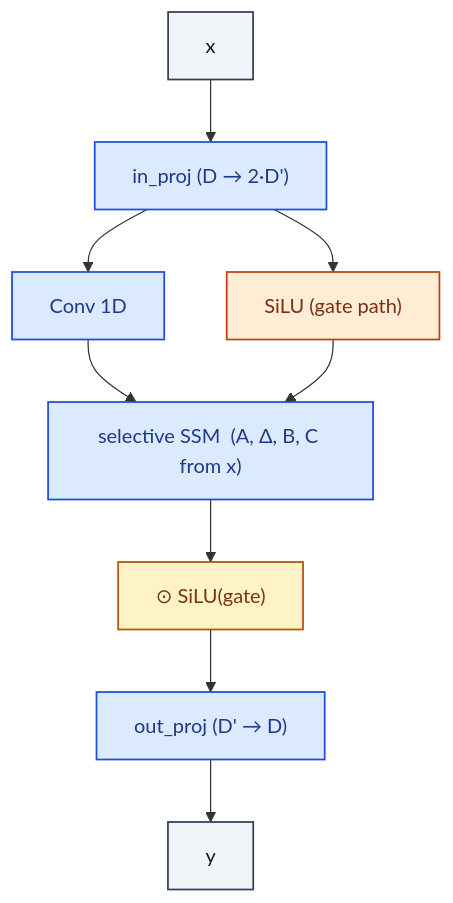
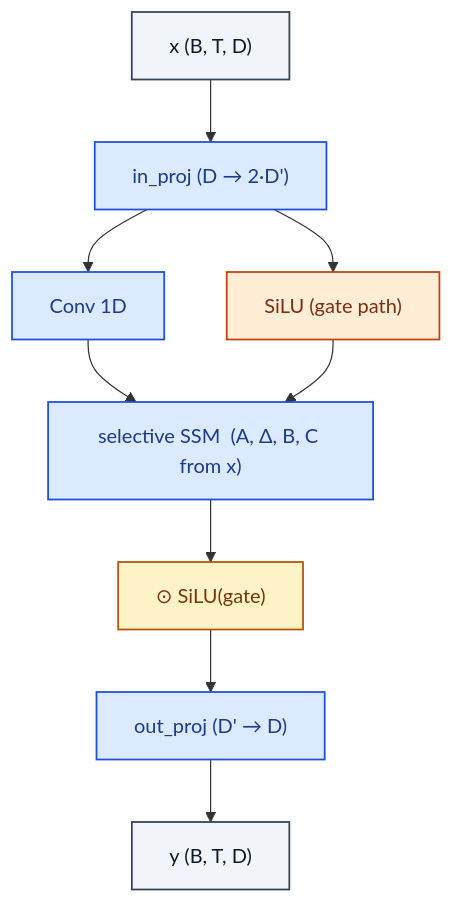
The diagram in sequence/MambaBlock.md (RealityShifts/Srivastava-book-of-Blocks-diagrams), drawn with Mermaid before and after one commit. The commit also changed 123 other files, not shown here.

````diff
--- a/sequence/MambaBlock.md
+++ b/sequence/MambaBlock.md
@@ -7,28 +7,29 @@
 ```mermaid
 flowchart TD
-    n0_0["x"]:::io
+    n0_0["x  (B, T, D)"]:::io
     n1_0["in_proj  (D → 2·D')"]:::op
     n2_0["Conv 1D"]:::op
     n2_1["SiLU (gate path)"]:::act
     n3_0["selective SSM  (A, Δ, B, C from x)"]:::op
     n4_0["⊙ SiLU(gate)"]:::merge
     n5_0["out_proj  (D' → D)"]:::op
-    n6_0["y"]:::io
+    n6_0["y  (B, T, D)"]:::io
     n0_0 --> n1_0
     n1_0 --> n2_0
     n1_0 --> n2_1
     n2_0 --> n3_0
     n2_1 --> n3_0
     n3_0 --> n4_0
     n4_0 --> n5_0
     n5_0 --> n6_0
     classDef io fill:#f1f5f9,stroke:#334155,stroke-width:1.4px,color:#0f172a
     classDef op fill:#dbeafe,stroke:#1d4ed8,stroke-width:1.4px,color:#1e3a8a
     classDef norm fill:#dcfce7,stroke:#15803d,stroke-width:1.4px,color:#14532d
     classDef act fill:#ffedd5,stroke:#c2410c,stroke-width:1.4px,color:#7c2d12
     classDef attn fill:#ede9fe,stroke:#6d28d9,stroke-width:1.4px,color:#4c1d95
     classDef merge fill:#fef3c7,stroke:#b45309,stroke-width:1.4px,color:#78350f
     classDef emb fill:#fef9c3,stroke:#a16207,stroke-width:1.4px,color:#713f12
     classDef loss fill:#fee2e2,stroke:#b91c1c,stroke-width:1.4px,color:#7f1d1d
     classDef ctrl fill:#f5f5f4,stroke:#52525b,stroke-width:1.4px,color:#27272a
+    classDef ref fill:#e0f2fe,stroke:#0369a1,stroke-width:2px,color:#0c4a6e,stroke-dasharray: 4 2
 ```
````
